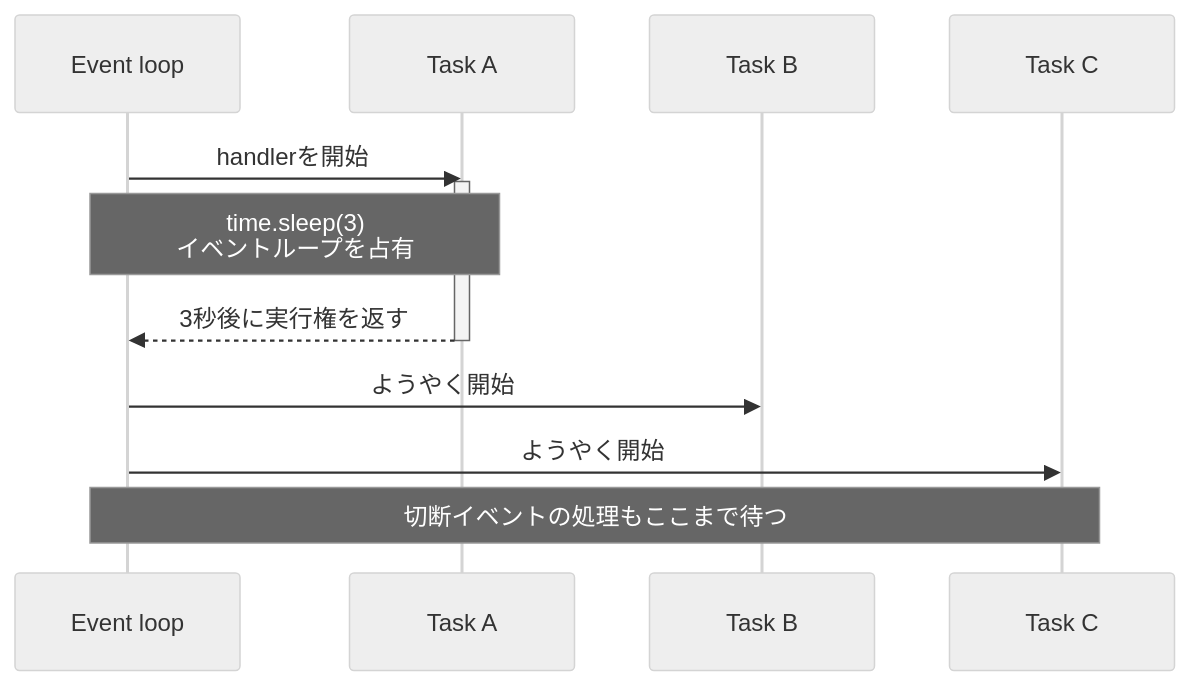
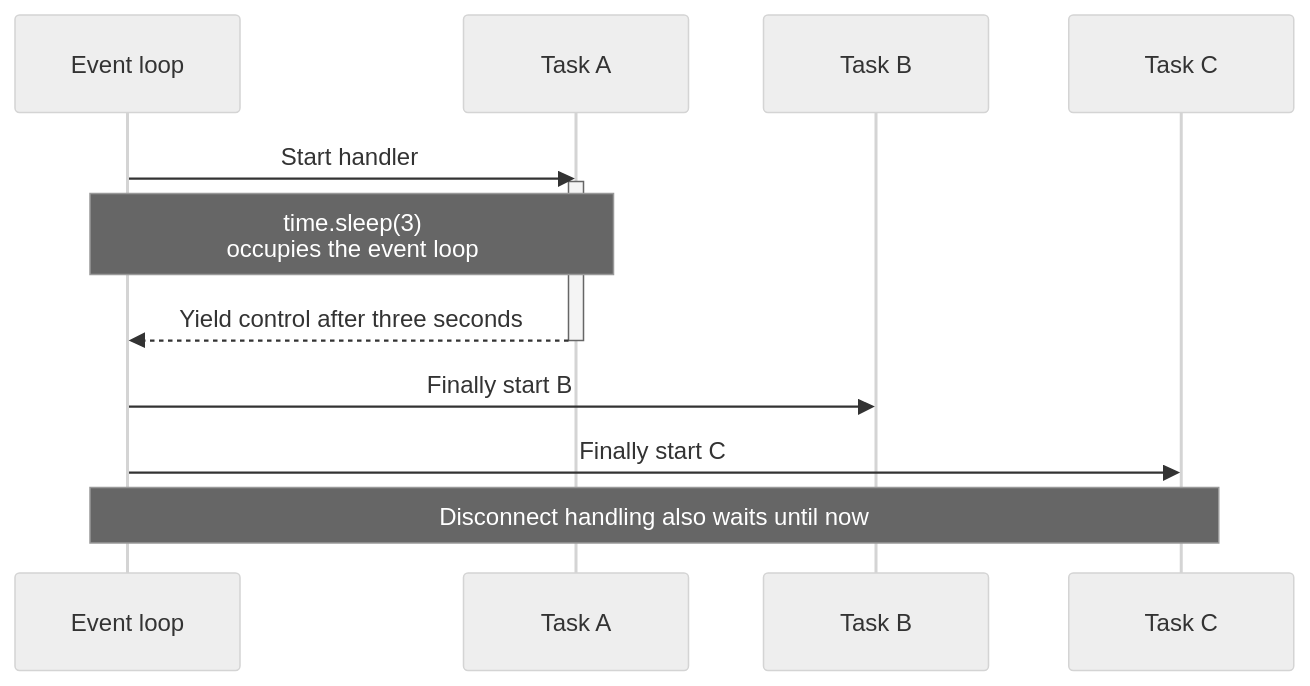
Before and after one commit to shionhonda/hippocampus-garden: the fourth of 5 diagrams in src/content/posts/wsgi_asgi/index.md, drawn with Mermaid (neutral theme). The commit also changed other lines of this file and 4 other files, not shown here.

````diff
--- a/src/content/posts/wsgi_asgi/index.md
+++ b/src/content/posts/wsgi_asgi/index.md
@@ -232,18 +229,18 @@
 ```mermaid
 sequenceDiagram
-    accTitle: time.sleepがイベントループを止める様子
-    accDescr: Task Aがtime.sleepを実行している3秒間、同じイベントループ上のTask B、Task C、切断処理を開始できない
+    accTitle: time.sleep blocks the event loop
+    accDescr: While Task A runs time.sleep for three seconds, the same event loop cannot start Task B, Task C, or disconnection handling
     participant L as Event loop
     participant A as Task A
     participant B as Task B
     participant C as Task C
 
-    L->>A: handlerを開始
+    L->>A: Start handler
     activate A
-    Note over L,A: time.sleep(3)<br/>イベントループを占有
-    A-->>L: 3秒後に実行権を返す
+    Note over L,A: time.sleep(3)<br/>occupies the event loop
+    A-->>L: Yield control after three seconds
     deactivate A
-    L->>B: ようやく開始
-    L->>C: ようやく開始
-    Note over L,C: 切断イベントの処理もここまで待つ
+    L->>B: Finally start B
+    L->>C: Finally start C
+    Note over L,C: Disconnect handling also waits until now
 ```
````
